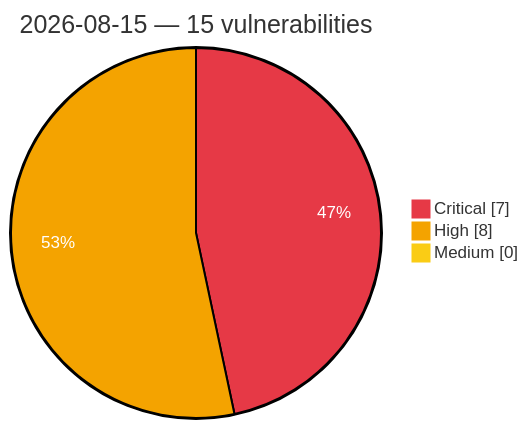
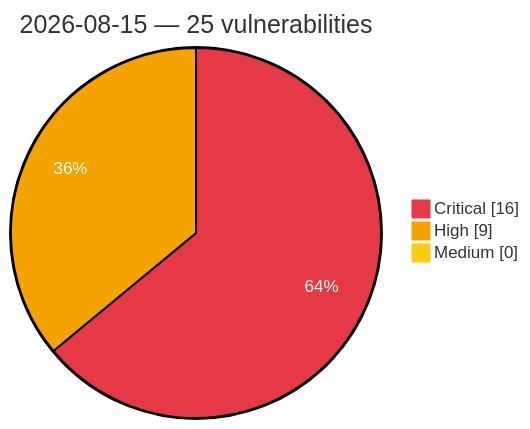
One commit to GhostX0X/vuln-tracker changed the diagram in vulnerabilities/2026/August/2026-08-15.md. Above: the diagram before and after it, drawn with Mermaid. The commit also changed other lines of this file and 5 other files, not shown here.

Commit message:
Auto update: critical/high vulns (2026-08-16 02:57 UTC)

````diff
--- a/vulnerabilities/2026/August/2026-08-15.md
+++ b/vulnerabilities/2026/August/2026-08-15.md
@@ -3,8 +3,8 @@
 ```mermaid
 %%{init: {'theme':'base', 'themeVariables': {'pie1':'#e63946', 'pie2':'#f4a300', 'pie3':'#facc15', 'pieOpacity':'1', 'pieOuterStrokeWidth':'2px', 'pieSectionTextColor':'#ffffff'}}}%%
 pie showData
-    title 2026-08-15 — 15 vulnerabilities
-    "Critical" : 7
-    "High" : 8
+    title 2026-08-15 — 25 vulnerabilities
+    "Critical" : 16
+    "High" : 9
     "Medium" : 0
 ```
````
